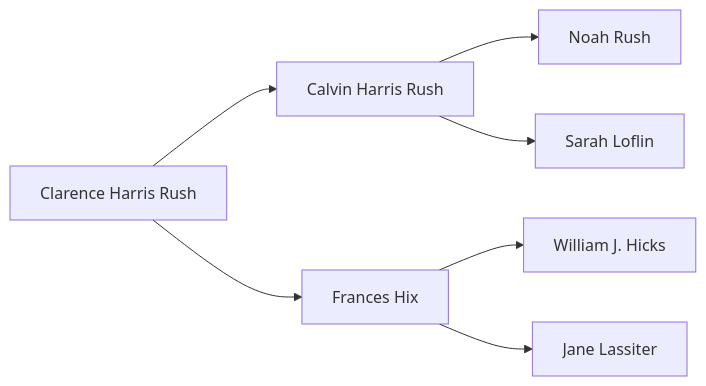
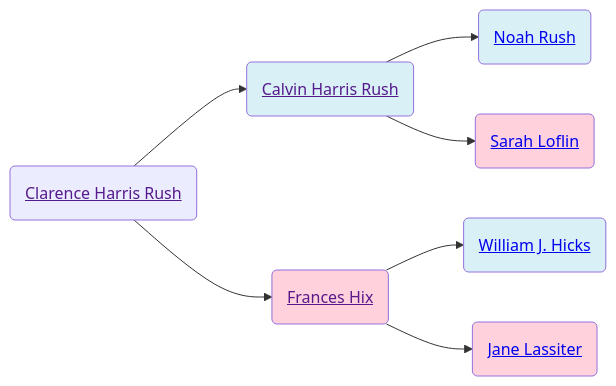
One commit to neelsmith/avocational changed the diagram in familyhistory/sources/people/Rush-line/Clarence_Harris_Rush.qmd. Above: the diagram before and after it, drawn with Mermaid. The commit also changed 71 other files, not shown here.

````diff
--- a/familyhistory/sources/people/Rush-line/Clarence_Harris_Rush.qmd
+++ b/familyhistory/sources/people/Rush-line/Clarence_Harris_Rush.qmd
@@ -19,9 +19,19 @@
 ```{mermaid}
 graph LR
-Clarence_Harris_Rush[Clarence Harris Rush] -->  Calvin_Harris_Rush[Calvin Harris Rush]
-Calvin_Harris_Rush[Calvin Harris Rush] -->  Noah_Rush[Noah Rush]
-Calvin_Harris_Rush[Calvin Harris Rush]  --> Sarah_Loflin[Sarah Loflin]
-Clarence_Harris_Rush[Clarence Harris Rush]  --> Frances_Hix[Frances Hix]
-Frances_Hix[Frances Hix] -->  William_J._Hicks[William J. Hicks]
-Frances_Hix[Frances Hix]  --> Jane_Lassiter[Jane Lassiter]
+Clarence_Harris_Rush(<a href=''>Clarence Harris Rush</>) -->  Calvin_Harris_Rush(<a href='./Calvin_Harris_Rush.html'>Calvin Harris Rush</>)
+Calvin_Harris_Rush(<a href=''>Calvin Harris Rush</>) -->  Noah_Rush(<a href='./Noah_Rush.html'>Noah Rush</>)
+class Noah_Rush father
+Calvin_Harris_Rush(<a href=''>Calvin Harris Rush</>)  --> Sarah_Loflin(<a href='./../Randolph_county_lines/Loflin/Sarah_Loflin.html'>Sarah Loflin</>)
+class Sarah_Loflin mother
+class Calvin_Harris_Rush father
+Clarence_Harris_Rush(<a href=''>Clarence Harris Rush</>)  --> Frances_Hix(<a href='./../Randolph_county_lines/Hicks/Frances_Hix.html'>Frances Hix</>)
+Frances_Hix(<a href=''>Frances Hix</>) -->  William_J._Hicks(<a href='./William_J._Hicks.html'>William J. Hicks</>)
+class William_J._Hicks father
+Frances_Hix(<a href=''>Frances Hix</>)  --> Jane_Lassiter(<a href='./../Lassiter/Jane_Lassiter.html'>Jane Lassiter</>)
+class Jane_Lassiter mother
+class Frances_Hix mother
+classDef mother fill:#ffd1dc
+classDef father fill:#daf0f7  
+classDef marriage fill:#ffffff
+
 ```
````
